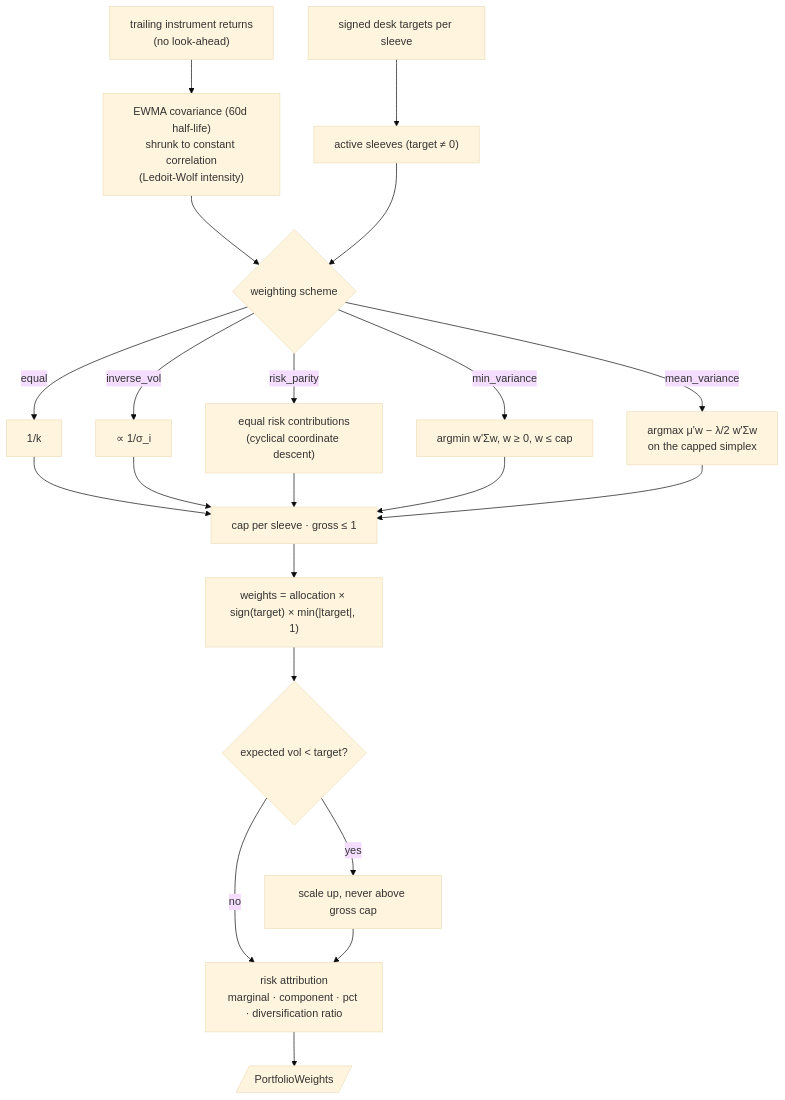
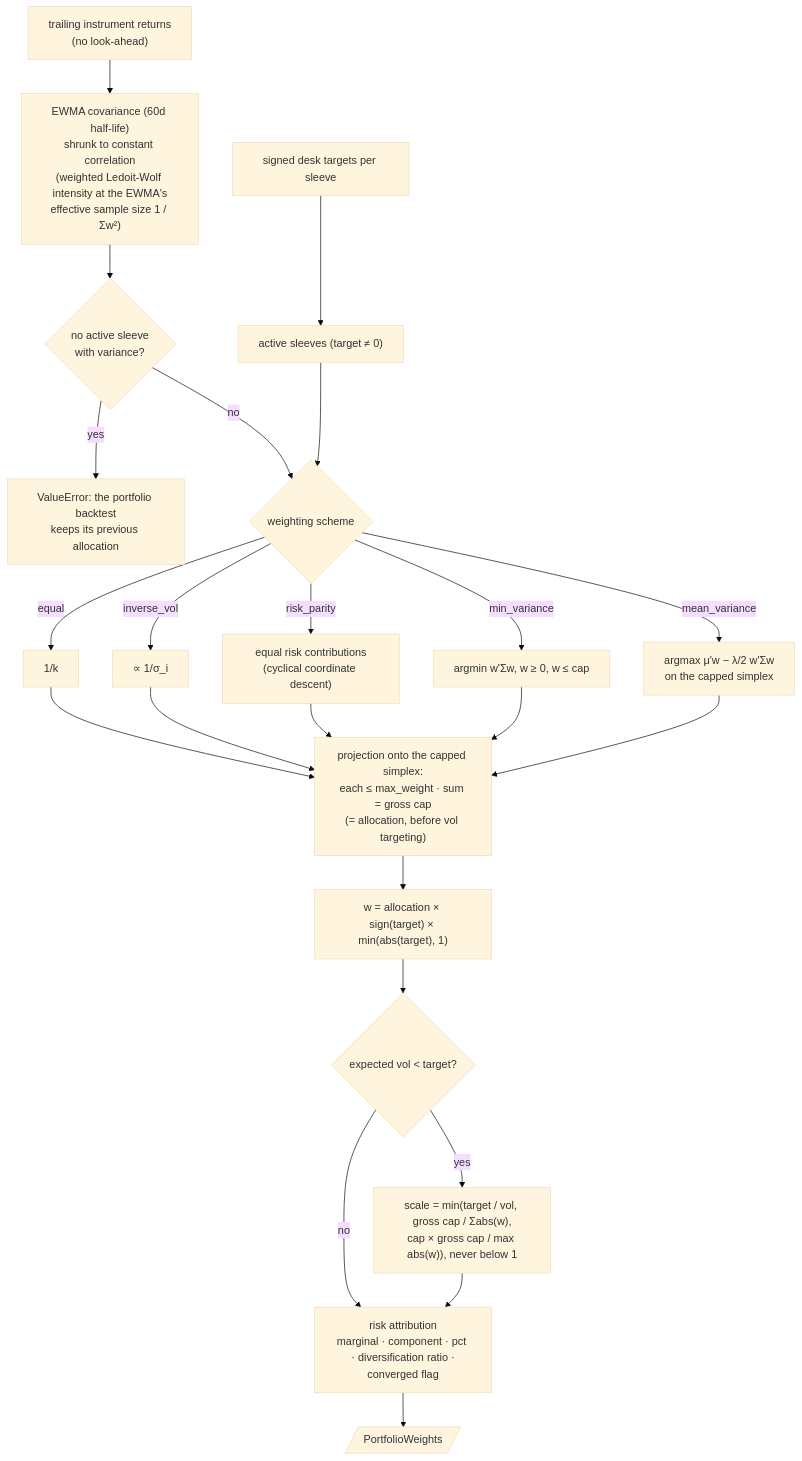
Before and after one commit to AshJha0/agentic-trader: diagram 22 of 30 in docs/DIAGRAMS.md, drawn with Mermaid (base theme). The commit also changed other lines of this file and 112 other files, not shown here.

````diff
--- a/docs/DIAGRAMS.md
+++ b/docs/DIAGRAMS.md
@@ -615,23 +639,25 @@
 ```mermaid
 flowchart TD
     T["signed desk targets per sleeve"] --> ACT["active sleeves (target ≠ 0)"]
-    R["trailing instrument returns<br/>(no look-ahead)"] --> COV["EWMA covariance (60d half-life)<br/>shrunk to constant correlation<br/>(Ledoit-Wolf intensity)"]
-    COV --> SCH{"weighting scheme"}
+    R["trailing instrument returns<br/>(no look-ahead)"] --> COV["EWMA covariance (60d half-life)<br/>shrunk to constant correlation<br/>(weighted Ledoit-Wolf intensity at the EWMA's<br/>effective sample size 1 / Σw²)"]
+    COV --> DEG{"no active sleeve<br/>with variance?"}
+    DEG -- yes --> ERR["ValueError: the portfolio backtest<br/>keeps its previous allocation"]
+    DEG -- no --> SCH{"weighting scheme"}
     ACT --> SCH
     SCH -- equal --> A1["1/k"]
     SCH -- inverse_vol --> A2["∝ 1/σ_i"]
     SCH -- risk_parity --> A3["equal risk contributions<br/>(cyclical coordinate descent)"]
     SCH -- min_variance --> A4["argmin w'Σw, w ≥ 0, w ≤ cap"]
     SCH -- mean_variance --> A5["argmax μ'w − λ/2 w'Σw<br/>on the capped simplex"]
-    A1 --> CAP["cap per sleeve · gross ≤ 1"]
+    A1 --> CAP["projection onto the capped simplex:<br/>each ≤ max_weight · sum = gross cap<br/>(= allocation, before vol targeting)"]
     A2 --> CAP
     A3 --> CAP
     A4 --> CAP
     A5 --> CAP
-    CAP --> SIGN["weights = allocation × sign(target) × min(|target|, 1)"]
+    CAP --> SIGN["w = allocation × sign(target) × min(abs(target), 1)"]
     SIGN --> VT{"expected vol < target?"}
-    VT -- yes --> SCALE["scale up, never above gross cap"]
+    VT -- yes --> SCALE["scale = min(target / vol, gross cap / Σabs(w),<br/>cap × gross cap / max abs(w)), never below 1"]
     VT -- no --> RISK
-    SCALE --> RISK["risk attribution<br/>marginal · component · pct · diversification ratio"]
+    SCALE --> RISK["risk attribution<br/>marginal · component · pct · diversification ratio ·<br/>converged flag"]
     RISK --> OUT[/PortfolioWeights/]
 ```
````
